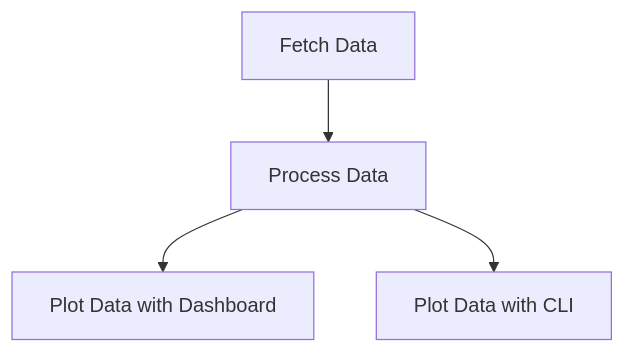
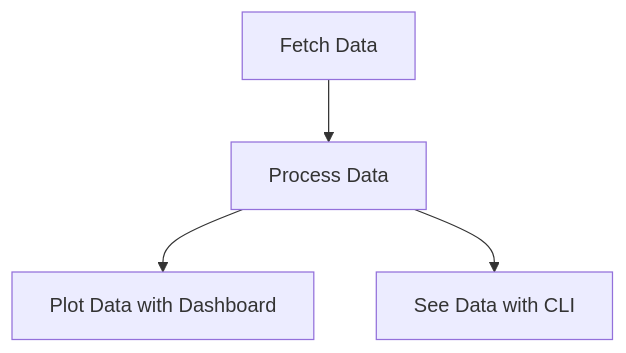
The diagram in docs/what-is-smm.md (marabesi/software-metrics-machine), drawn with Mermaid before and after one commit.

Commit message:
docs: updated project documentation

````diff
--- a/docs/what-is-smm.md
+++ b/docs/what-is-smm.md
@@ -36,6 +36,6 @@
 ```mermaid
 flowchart TD
     A[Fetch Data] --> B[Process Data]
     B --> C[Plot Data with Dashboard]
-    B --> D[Plot Data with CLI]
+    B --> D[See Data with CLI]
 ```
````
